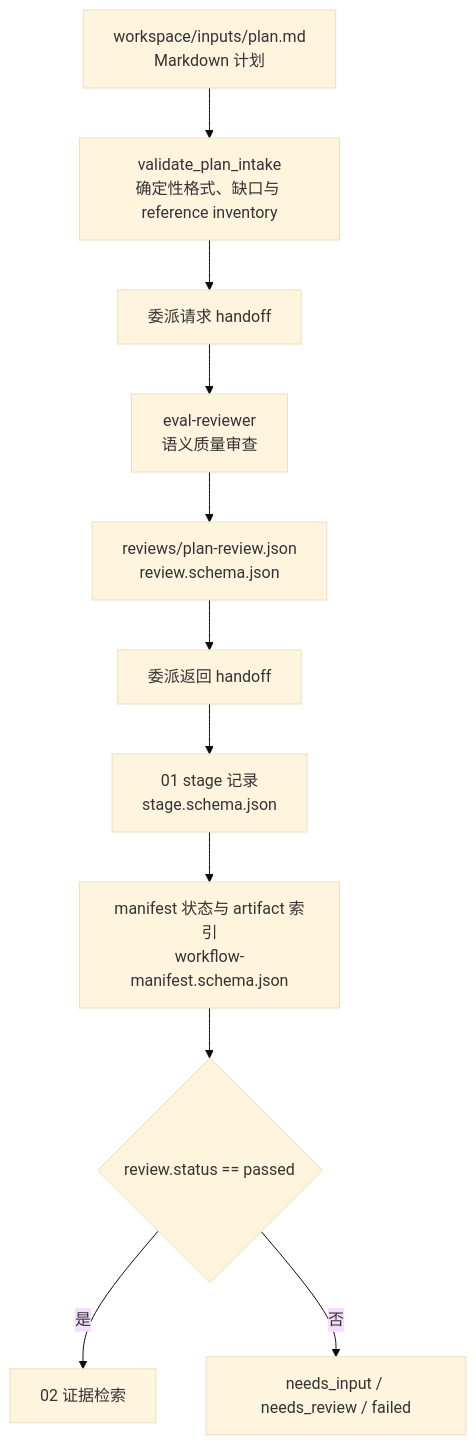
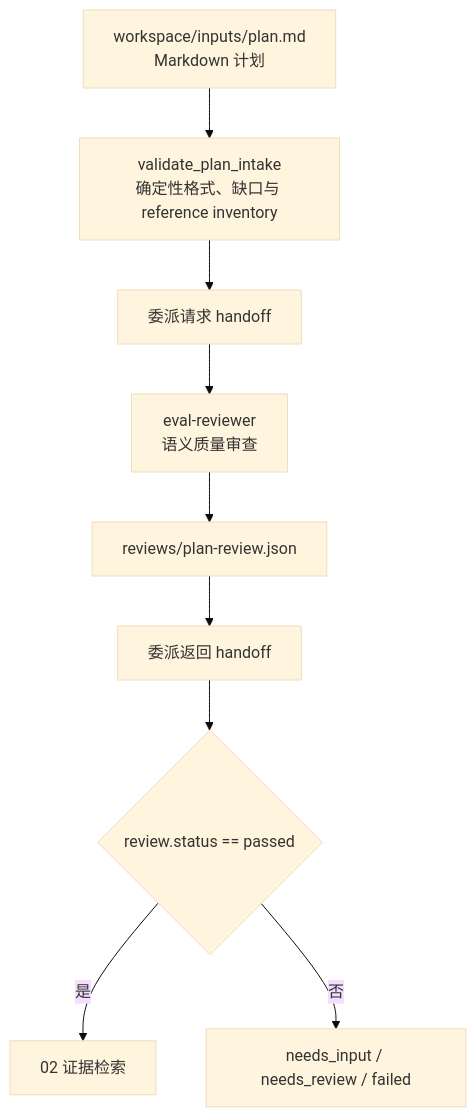
The diagram in harness/specs/01-plan-quality-gate/schema_mapping.md (mrzed891194322/Harness-driven-LCA-dev-agents), drawn with Mermaid (base theme) before and after one commit. The commit also changed other lines of this file and 100 other files, not shown here.

````diff
--- a/harness/specs/01-plan-quality-gate/schema_mapping.md
+++ b/harness/specs/01-plan-quality-gate/schema_mapping.md
@@ -9,18 +9,16 @@
 ```mermaid
 flowchart TD
     plan["workspace/inputs/plan.md<br/>Markdown 计划"]
     validator["validate_plan_intake<br/>确定性格式、缺口与 reference inventory"]
     request["委派请求 handoff"]
     reviewer["eval-reviewer<br/>语义质量审查"]
-    review["reviews/plan-review.json<br/>review.schema.json"]
+    review["reviews/plan-review.json"]
     returned["委派返回 handoff"]
-    stage["01 stage 记录<br/>stage.schema.json"]
-    manifest["manifest 状态与 artifact 索引<br/>workflow-manifest.schema.json"]
     pass{"review.status == passed"}
     next["02 证据检索"]
     stop["needs_input / needs_review / failed"]
 
-    plan --> validator --> request --> reviewer --> review --> returned --> stage --> manifest --> pass
+    plan --> validator --> request --> reviewer --> review --> returned --> pass
     pass -->|是| next
     pass -->|否| stop
 ```
````
